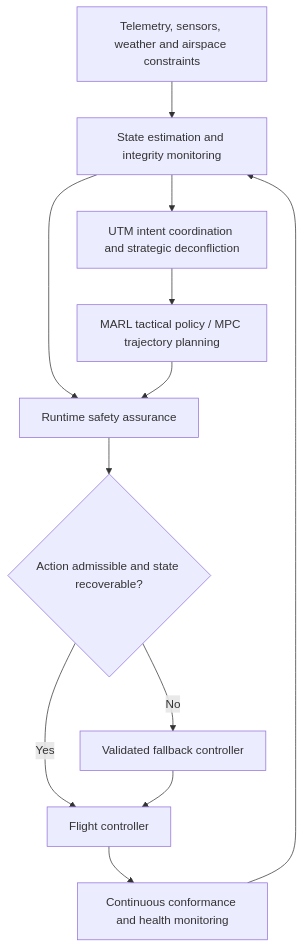
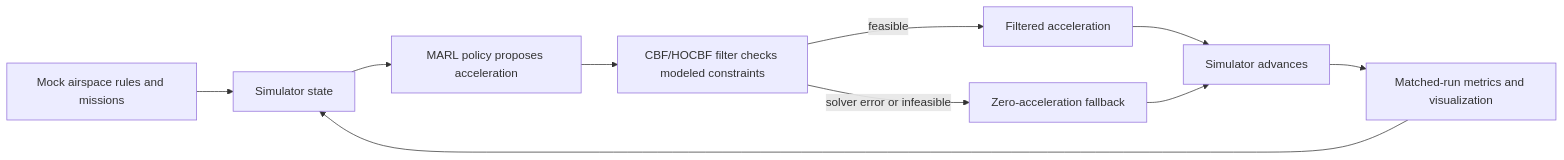
One commit to salmanbashashaik/drone-traffic-control changed the diagram in README.md. Above: the diagram before and after it, drawn with Mermaid. The commit also changed other lines of this file and 3 other files, not shown here.

````diff
--- a/README.md
+++ b/README.md
@@ -56,14 +13,12 @@
 ```mermaid
-flowchart TD
-    A[Telemetry, sensors, weather and airspace constraints] --> B[State estimation and integrity monitoring]
-    B --> C[UTM intent coordination and strategic deconfliction]
-    C --> D[MARL tactical policy / MPC trajectory planning]
-    B --> E[Runtime safety assurance]
-    D --> E
-    E --> F{Action admissible and state recoverable?}
-    F -->|Yes| G[Flight controller]
-    F -->|No| H[Validated fallback controller]
-    H --> G
-    G --> I[Continuous conformance and health monitoring]
-    I --> B
+flowchart LR
+    A[Mock airspace rules and missions] --> B[Simulator state]
+    B --> C[MARL policy proposes acceleration]
+    C --> D[CBF/HOCBF filter checks modeled constraints]
+    D -->|feasible| E[Filtered acceleration]
+    D -->|solver error or infeasible| F[Zero-acceleration fallback]
+    E --> G[Simulator advances]
+    F --> G
+    G --> H[Matched-run metrics and visualization]
+    H --> B
 ```
````
